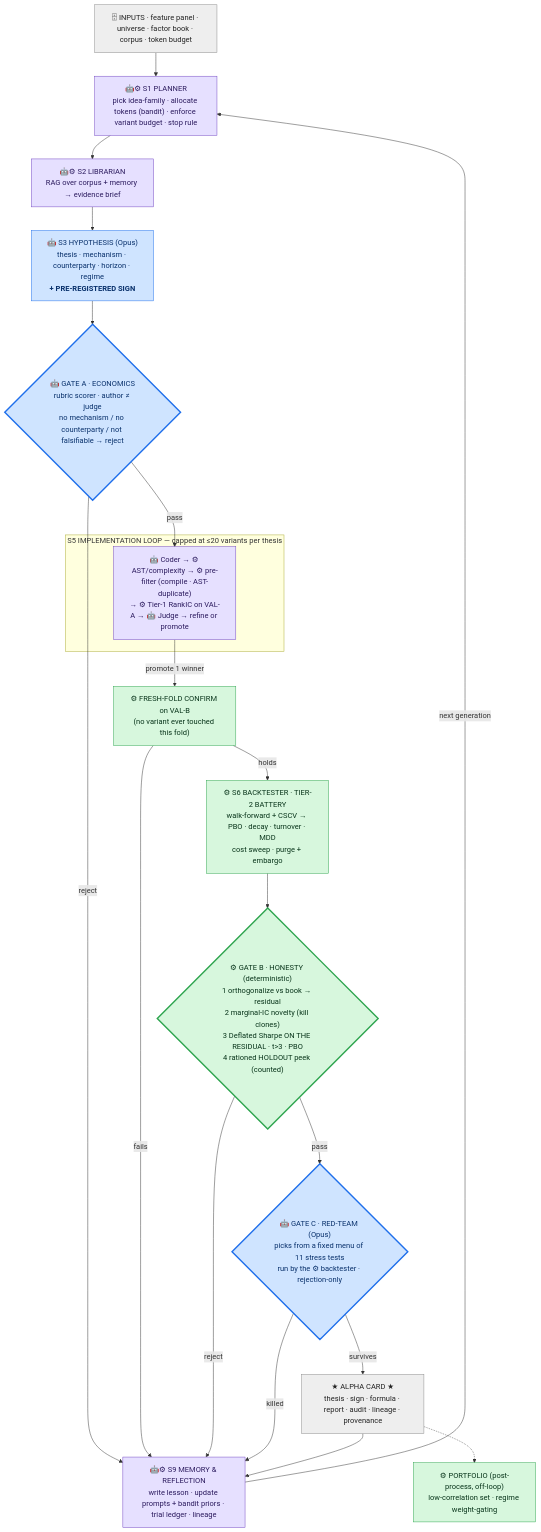
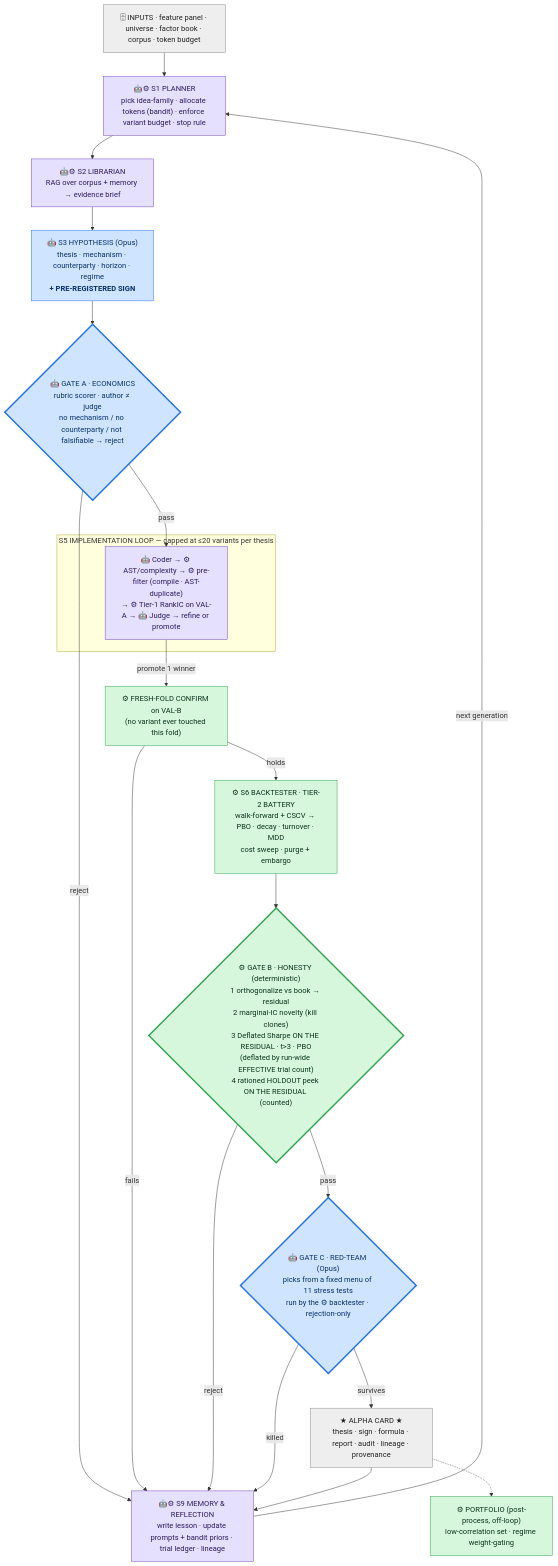
One commit to SiddhantSingh1234/Trexquant_Superday_TaskB changed the diagram in INITIAL_PLAN.md. Above: the diagram before and after it, drawn with Mermaid. The commit also changed other lines of this file and 8 other files, not shown here.

````diff
--- a/INITIAL_PLAN.md
+++ b/INITIAL_PLAN.md
@@ -88,36 +88,36 @@
 ```mermaid
 flowchart TD
     IN["🗄 INPUTS · feature panel · universe · factor book · corpus · token budget"]:::data
     IN --> S1
 
     S1["🤖⚙ S1 PLANNER<br/>pick idea-family · allocate tokens (bandit) · enforce variant budget · stop rule"]:::mix
     S1 --> S2["🤖⚙ S2 LIBRARIAN<br/>RAG over corpus + memory → evidence brief"]:::mix
     S2 --> S3["🤖 S3 HYPOTHESIS (Opus)<br/>thesis · mechanism · counterparty · horizon · regime<br/><b>+ PRE-REGISTERED SIGN</b>"]:::agent
     S3 --> GA{"🤖 GATE A · ECONOMICS<br/>rubric scorer · author ≠ judge<br/>no mechanism / no counterparty / not falsifiable → reject"}:::agentGate
     GA -- reject --> S9
     GA -- pass --> S5
 
     subgraph S5G["S5 IMPLEMENTATION LOOP — capped at ≤20 variants per thesis"]
         S5["🤖 Coder → ⚙ AST/complexity → ⚙ pre-filter (compile · AST-duplicate)<br/>→ ⚙ Tier-1 RankIC on VAL-A → 🤖 Judge → refine or promote"]:::mix
     end
     S5 -- "promote 1 winner" --> FF["⚙ FRESH-FOLD CONFIRM on VAL-B<br/>(no variant ever touched this fold)"]:::tool
     FF -- fails --> S9
     FF -- holds --> S6["⚙ S6 BACKTESTER · TIER-2 BATTERY<br/>walk-forward + CSCV → PBO · decay · turnover · MDD<br/>cost sweep · purge + embargo"]:::tool
 
-    S6 --> GB{"⚙ GATE B · HONESTY (deterministic)<br/>1 orthogonalize vs book → residual<br/>2 marginal-IC novelty (kill clones)<br/>3 Deflated Sharpe ON THE RESIDUAL · t&gt;3 · PBO<br/>4 rationed HOLDOUT peek (counted)"}:::toolGate
+    S6 --> GB{"⚙ GATE B · HONESTY (deterministic)<br/>1 orthogonalize vs book → residual<br/>2 marginal-IC novelty (kill clones)<br/>3 Deflated Sharpe ON THE RESIDUAL · t&gt;3 · PBO<br/>(deflated by run-wide EFFECTIVE trial count)<br/>4 rationed HOLDOUT peek ON THE RESIDUAL (counted)"}:::toolGate
     GB -- reject --> S9
     GB -- pass --> GC{"🤖 GATE C · RED-TEAM (Opus)<br/>picks from a fixed menu of 11 stress tests<br/>run by the ⚙ backtester · rejection-only"}:::agentGate
     GC -- killed --> S9
     GC -- survives --> CARD["★ ALPHA CARD ★<br/>thesis · sign · formula · report · audit · lineage · provenance"]:::data
 
     CARD --> S9["🤖⚙ S9 MEMORY & REFLECTION<br/>write lesson · update prompts + bandit priors · trial ledger · lineage"]:::mix
     S9 -- "next generation" --> S1
     CARD -.-> PORT["⚙ PORTFOLIO (post-process, off-loop)<br/>low-correlation set · regime weight-gating"]:::tool
 
     classDef agent fill:#cfe4ff,stroke:#1f6feb,color:#08306b;
     classDef tool fill:#d7f7dd,stroke:#2da44e,color:#08341a;
     classDef mix fill:#e6e0ff,stroke:#6f42c1,color:#2b1a5e;
     classDef data fill:#eeeeee,stroke:#888888,color:#222222;
     classDef agentGate fill:#cfe4ff,stroke:#1f6feb,color:#08306b,stroke-width:3px;
     classDef toolGate fill:#d7f7dd,stroke:#2da44e,color:#08341a,stroke-width:3px;
 ```
````
